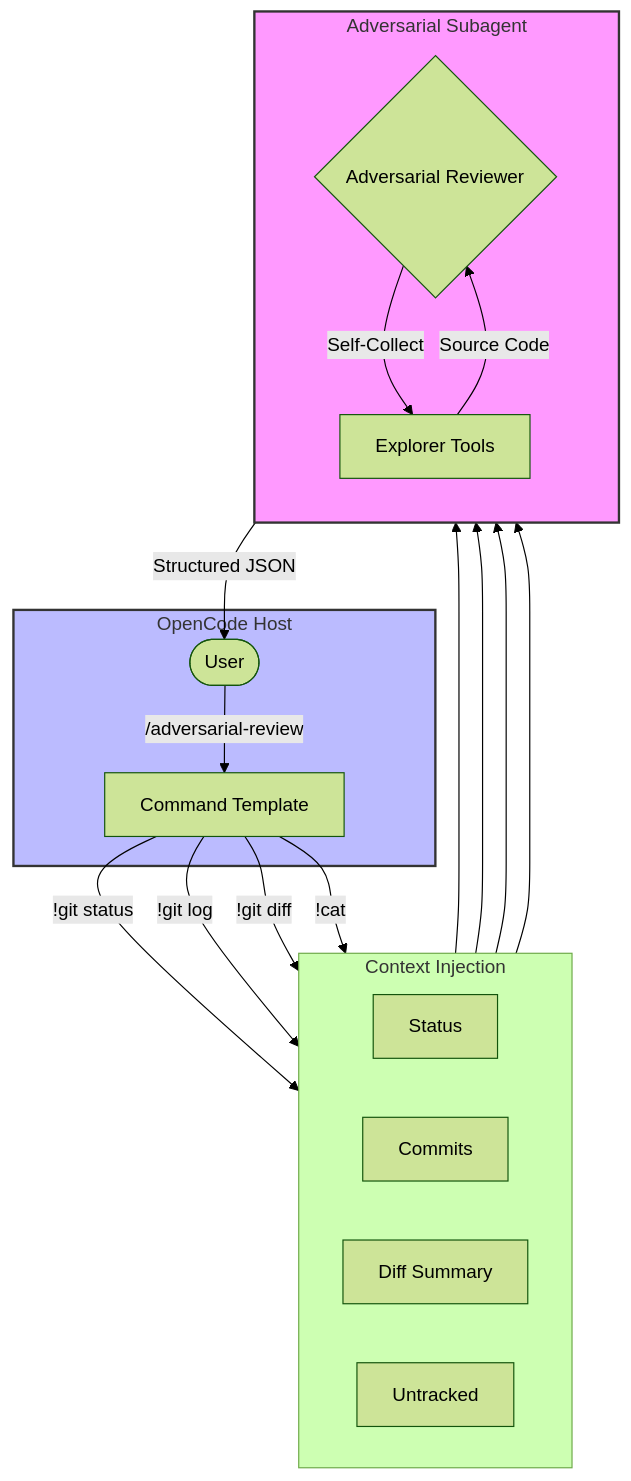
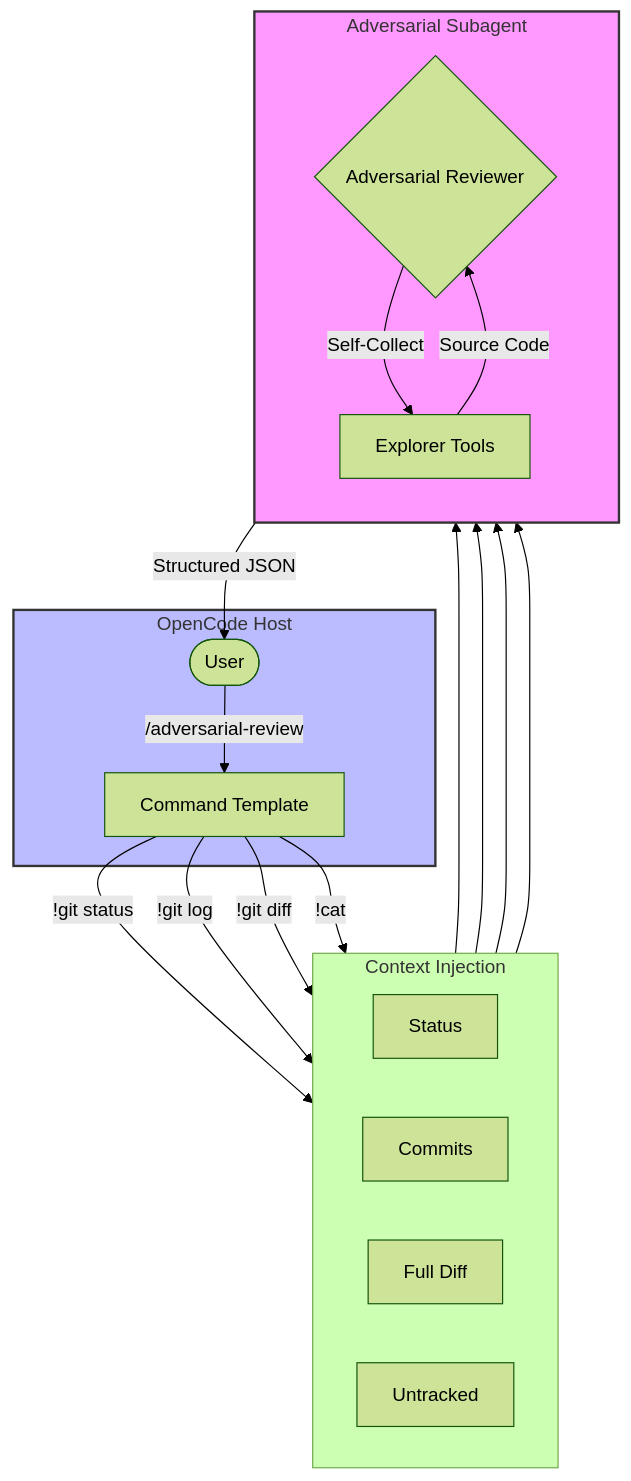
The diagram in packages/opencode-adversarial-review/README.md (capyBearista/opencode-plugins), drawn with Mermaid (forest theme) before and after one commit. The commit also changed other lines of this file and 13 other files, not shown here.

````diff
--- a/packages/opencode-adversarial-review/README.md
+++ b/packages/opencode-adversarial-review/README.md
@@ -23,33 +23,33 @@
 ```mermaid
 graph TB
     subgraph Host [OpenCode Host]
         User([User]) -->|/adversarial-review| Command[Command Template]
     end
 
     subgraph Injection [Context Injection]
         direction LR
         Command -->|!git status| S[Status]
         Command -->|!git log| L[Commits]
-        Command -->|!git diff| D[Diff Summary]
+        Command -->|!git diff| D[Full Diff]
         Command -->|!cat| U[Untracked]
     end
 
     subgraph Adversary [Adversarial Subagent]
         direction TB
         Reviewer{Adversarial Reviewer}
         S & L & D & U --> Reviewer
         
         Reviewer -->|Self-Collect| Tools[Explorer Tools]
         Tools -->|Source Code| Reviewer
     end
 
     Reviewer -->|Structured JSON| User
 
     classDef host fill:#bbf,stroke:#333,stroke-width:2px;
     classDef collection fill:#dfd,stroke:#333,stroke-width:1px,stroke-dasharray: 5 5;
     classDef adversary fill:#f9f,stroke:#333,stroke-width:2px;
     
     class Host host;
     class Collection collection;
     class Adversary adversary;
 ```
````
